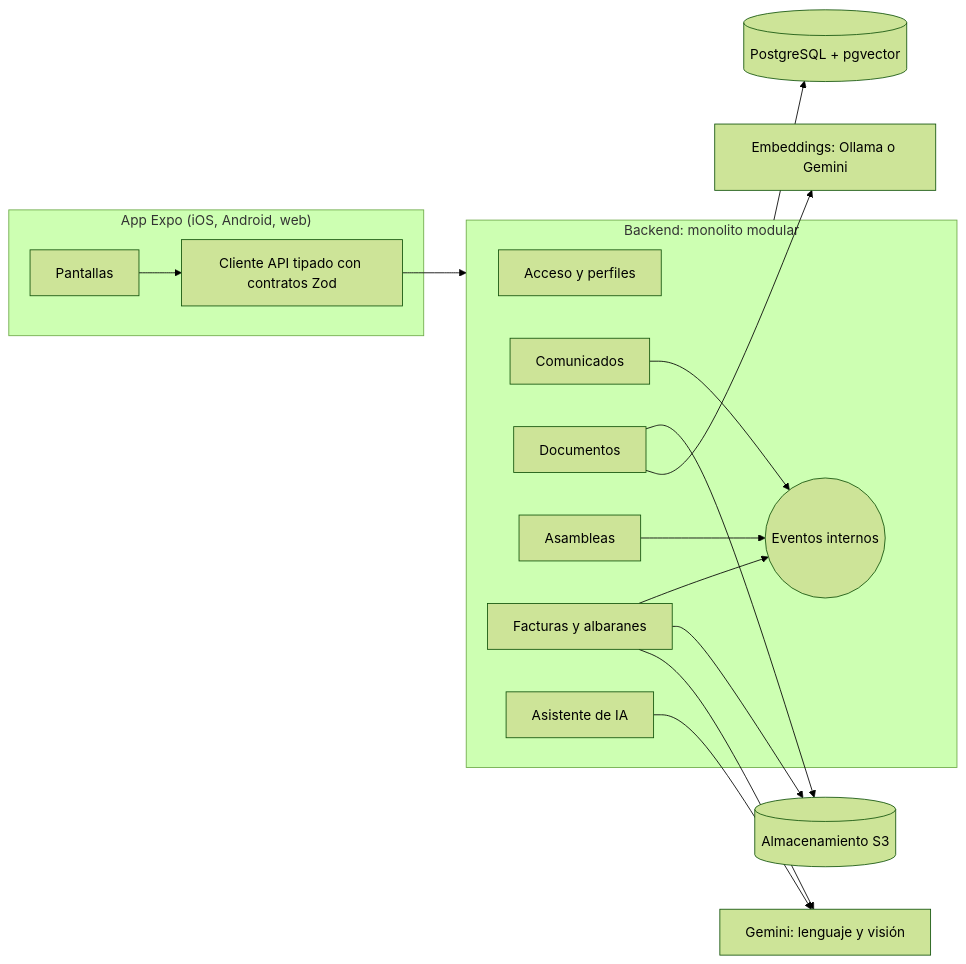
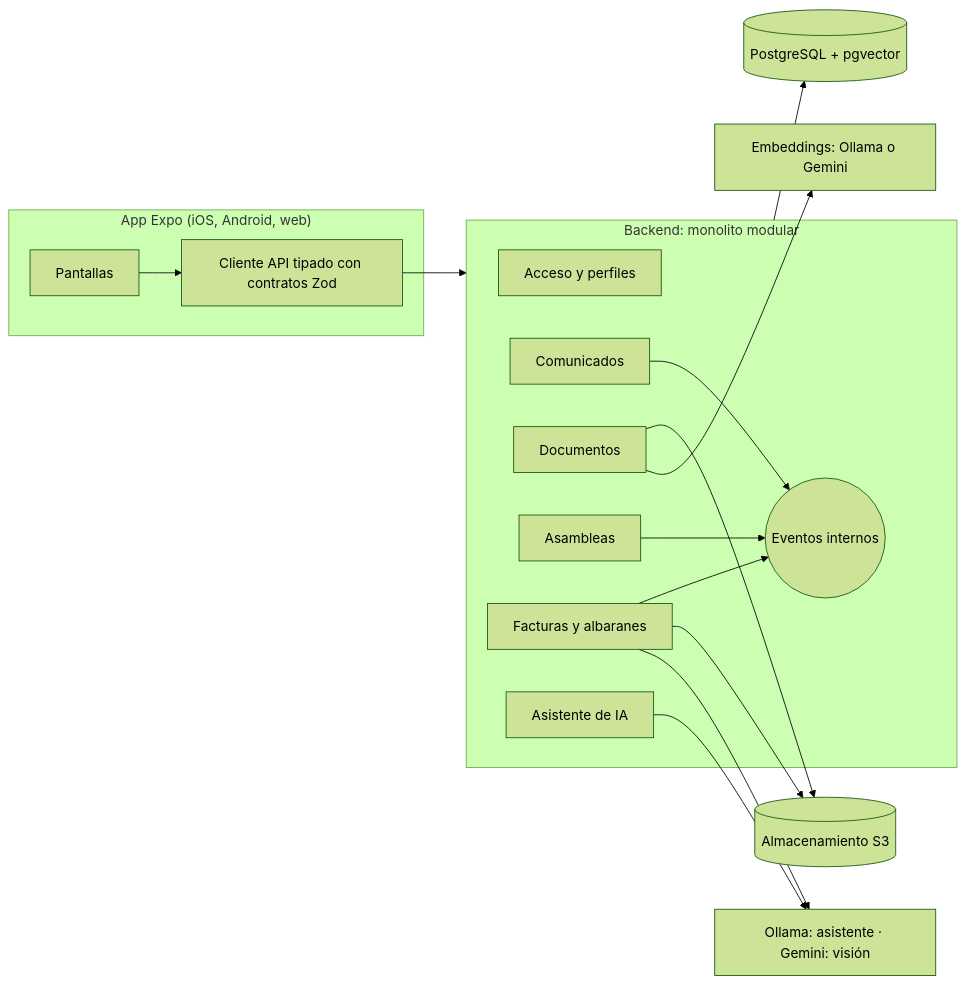
The diagram in README.md (chaparro2001/multiCooperativa), drawn with Mermaid (forest theme) before and after one commit. The commit also changed other lines of this file and 9 other files, not shown here.

````diff
--- a/README.md
+++ b/README.md
@@ -246,33 +250,33 @@
 ```mermaid
 flowchart LR
     subgraph Mobile["App Expo (iOS, Android, web)"]
         UI[Pantallas]
         Client[Cliente API tipado con contratos Zod]
     end
 
     subgraph Backend["Backend: monolito modular"]
         Access[Acceso y perfiles]
         Announcements[Comunicados]
         Documents[Documentos]
         Assemblies[Asambleas]
         Invoicing[Facturas y albaranes]
         Assistant[Asistente de IA]
         Bus((Eventos internos))
     end
 
     DB[(PostgreSQL + pgvector)]
     Files[(Almacenamiento S3)]
-    LLM[Gemini: lenguaje y visión]
+    LLM[Ollama: asistente · Gemini: visión]
     Emb[Embeddings: Ollama o Gemini]
 
     UI --> Client --> Backend
     Announcements --> Bus
     Assemblies --> Bus
     Invoicing --> Bus
     Backend --> DB
     Documents --> Files
     Invoicing --> Files
     Documents --> Emb
     Assistant --> LLM
     Invoicing --> LLM
 ```
````
